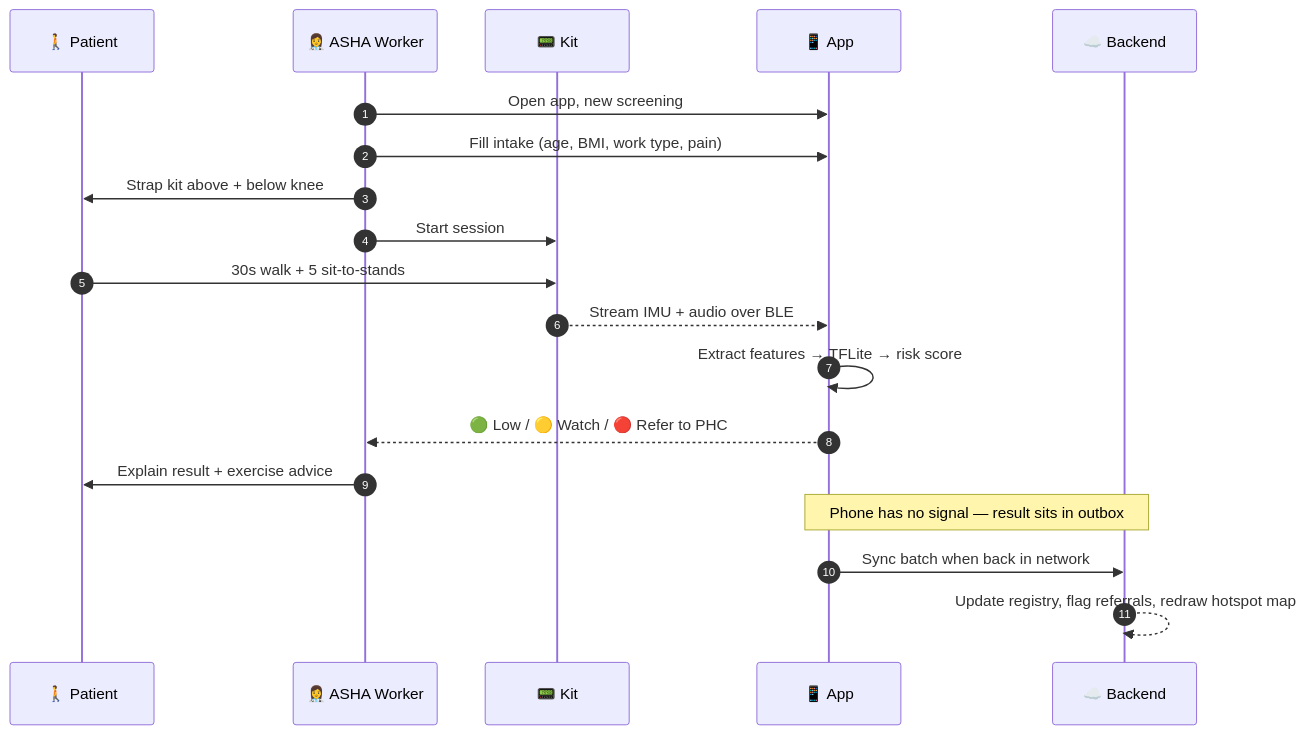
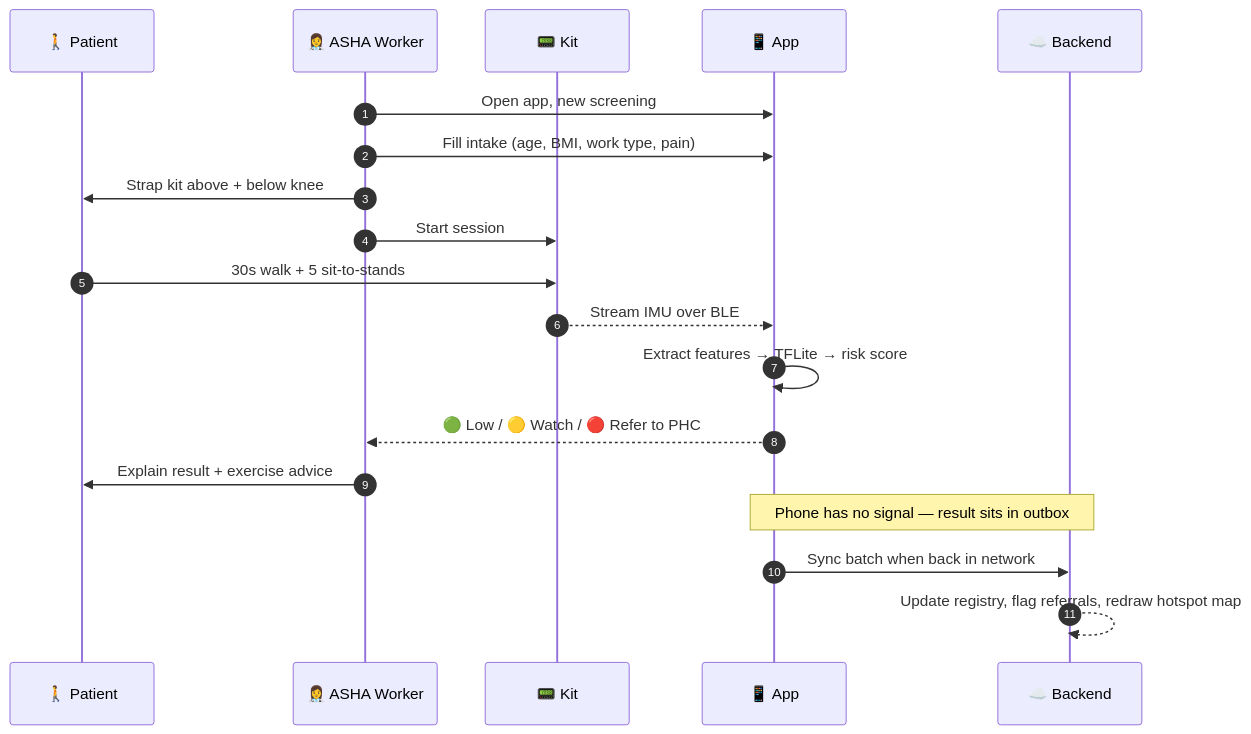
One commit to aryank2ndID/v2 changed the third of 4 diagrams in SIH26004-architecture.md. Above: the diagram before and after it, drawn with Mermaid. The commit also changed other lines of this file and 58 other files, not shown here.

Commit message:
chore: remove acoustic features and cost references, update architecture, add research contexts

````diff
--- a/SIH26004-architecture.md
+++ b/SIH26004-architecture.md
@@ -119,22 +117,22 @@
 ```mermaid
 sequenceDiagram
     autonumber
     participant P as 🚶 Patient
     participant A as 👩‍⚕️ ASHA Worker
     participant K as 📟 Kit
     participant M as 📱 App
     participant B as ☁️ Backend
 
     A->>M: Open app, new screening
     A->>M: Fill intake (age, BMI, work type, pain)
     A->>P: Strap kit above + below knee
     A->>K: Start session
     P->>K: 30s walk + 5 sit-to-stands
-    K-->>M: Stream IMU + audio over BLE
+    K-->>M: Stream IMU over BLE
     M->>M: Extract features → TFLite → risk score
     M-->>A: 🟢 Low / 🟡 Watch / 🔴 Refer to PHC
     A->>P: Explain result + exercise advice
     Note over M,B: Phone has no signal — result sits in outbox
     M->>B: Sync batch when back in network
     B-->>B: Update registry, flag referrals, redraw hotspot map
 ```
````
